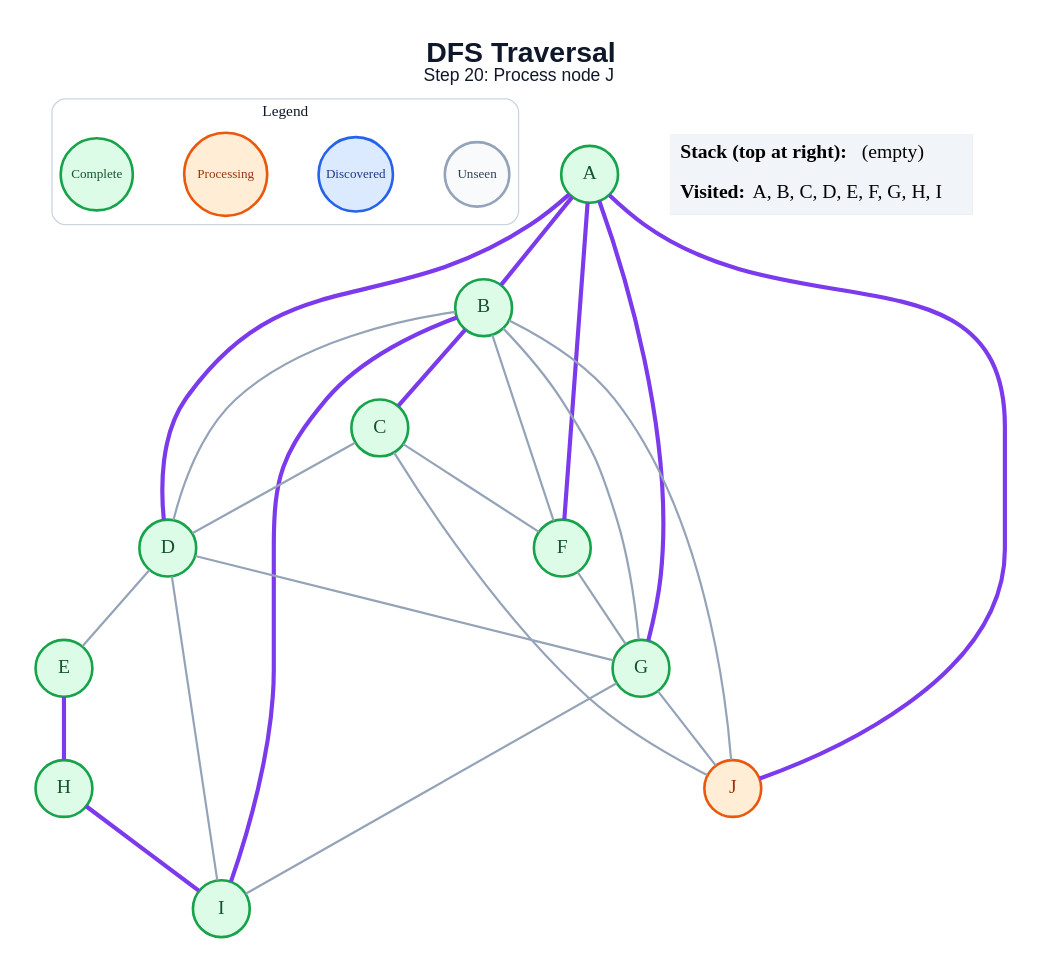
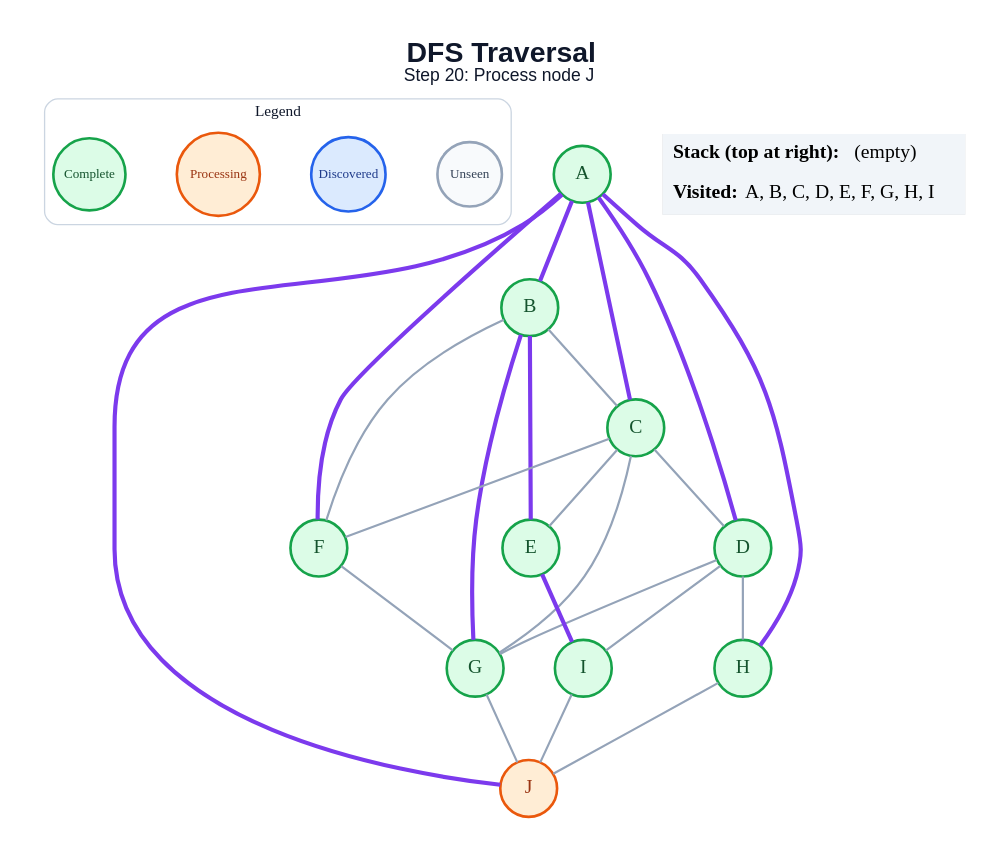
The diagram in generated/dfs/step_20.dot (amanghodawala9/ai-slop), drawn with Graphviz before and after one commit. The commit also changed 178 other files, not shown here.

```diff
--- a/generated/dfs/step_20.dot
+++ b/generated/dfs/step_20.dot
@@ -1,51 +1,51 @@
 graph traversal {
   graph [layout=dot, rankdir=TB, bgcolor="#FFFFFF", pad="0.35", nodesep="0.65", ranksep="0.8", fontname="Arial"];
   node [shape=circle, style="filled", fontname="Arial Bold", fontsize=18, width=0.72, fixedsize=true, penwidth=2.4];
   edge [color="#94A3B8", penwidth=2.0];
   label=<<B>DFS Traversal</B><BR/><FONT POINT-SIZE="16">Step 20: Process node J</FONT>>; labelloc="t"; fontsize=26; fontname="Arial"; fontcolor="#0F172A";
   subgraph cluster_legend { label="Legend"; color="#CBD5E1"; penwidth=1.2; style="rounded"; fontsize=14; fontname="Arial Bold";
     key_unseen [label="Unseen", fillcolor="#F8FAFC", color="#94A3B8", fontcolor="#334155", fontsize=12, width=0.82];
     key_frontier [label="Discovered", fillcolor="#DBEAFE", color="#2563EB", fontcolor="#1E3A8A", fontsize=12, width=0.95];
     key_current [label="Processing", fillcolor="#FFEDD5", color="#EA580C", fontcolor="#9A3412", fontsize=12, width=1.05];
     key_done [label="Complete", fillcolor="#DCFCE7", color="#16A34A", fontcolor="#14532D", fontsize=12, width=0.92];
     { rank=same; key_unseen; key_frontier; key_current; key_done; }
   }
   A [fillcolor="#DCFCE7", color="#16A34A", fontcolor="#14532D"];
   B [fillcolor="#DCFCE7", color="#16A34A", fontcolor="#14532D"];
   C [fillcolor="#DCFCE7", color="#16A34A", fontcolor="#14532D"];
   D [fillcolor="#DCFCE7", color="#16A34A", fontcolor="#14532D"];
   E [fillcolor="#DCFCE7", color="#16A34A", fontcolor="#14532D"];
   F [fillcolor="#DCFCE7", color="#16A34A", fontcolor="#14532D"];
   G [fillcolor="#DCFCE7", color="#16A34A", fontcolor="#14532D"];
   H [fillcolor="#DCFCE7", color="#16A34A", fontcolor="#14532D"];
   I [fillcolor="#DCFCE7", color="#16A34A", fontcolor="#14532D"];
   J [fillcolor="#FFEDD5", color="#EA580C", fontcolor="#9A3412"];
   A -- B [color="#7C3AED", penwidth=3.8];
+  A -- C [color="#7C3AED", penwidth=3.8];
   A -- D [color="#7C3AED", penwidth=3.8];
   A -- F [color="#7C3AED", penwidth=3.8];
-  A -- G [color="#7C3AED", penwidth=3.8];
+  A -- H [color="#7C3AED", penwidth=3.8];
   A -- J [color="#7C3AED", penwidth=3.8];
-  B -- C [color="#7C3AED", penwidth=3.8];
-  B -- D;
+  B -- C;
+  B -- E [color="#7C3AED", penwidth=3.8];
   B -- F;
-  B -- G;
-  B -- I [color="#7C3AED", penwidth=3.8];
-  B -- J;
+  B -- G [color="#7C3AED", penwidth=3.8];
   C -- D;
+  C -- E;
   C -- F;
-  C -- J;
-  D -- E;
+  C -- G;
   D -- G;
+  D -- H;
   D -- I;
-  E -- H [color="#7C3AED", penwidth=3.8];
+  E -- I [color="#7C3AED", penwidth=3.8];
   F -- G;
-  G -- I;
   G -- J;
-  H -- I [color="#7C3AED", penwidth=3.8];
+  H -- J;
+  I -- J;
   status [shape=plain, fixedsize=false, width=0, height=0, margin=0, label=<
     <TABLE BORDER="0" CELLBORDER="0" CELLPADDING="7" BGCOLOR="#F1F5F9">
       <TR><TD ALIGN="LEFT"><B>Stack (top at right):</B> (empty)</TD></TR>
       <TR><TD ALIGN="LEFT"><B>Visited:</B> A, B, C, D, E, F, G, H, I</TD></TR>
     </TABLE>
   >];
 }
```
